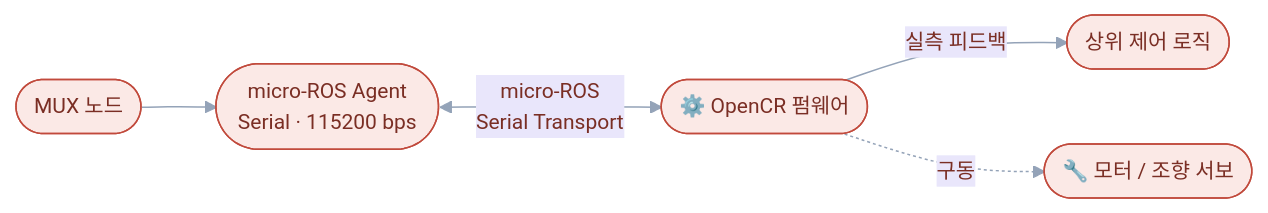
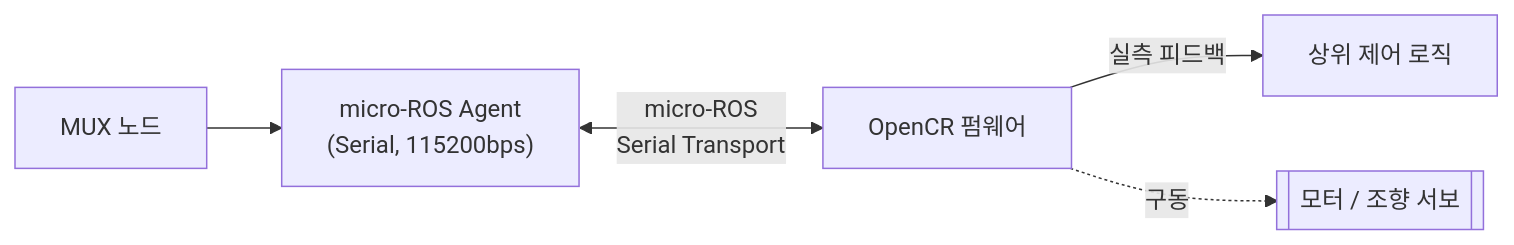
One commit to GeonHoong/1_10-autonomous-race changed the third of 4 diagrams in README.md. Above: the diagram before and after it, drawn with Mermaid. The commit also changed other lines of this file, not shown here.

Commit message:
Revert mermaid diagrams to original plain style

````diff
--- a/README.md
+++ b/README.md
@@ -93,11 +75,7 @@
 ```mermaid
-%%{init: {'theme':'base', 'themeVariables': {
-  'primaryColor':'#fbe9e6','primaryBorderColor':'#c14a3c','primaryTextColor':'#7a2e24',
-  'lineColor':'#94a3b8','fontFamily':'Pretendard, -apple-system, Segoe UI, sans-serif','fontSize':'14px'
-}}}%%
 flowchart LR
-    MUX(["MUX 노드"]) --> AGENT(["micro-ROS Agent<br/>Serial · 115200 bps"])
-    AGENT <-- "micro-ROS<br/>Serial Transport" --> OPENCR(["⚙️ OpenCR 펌웨어"])
-    OPENCR -- "실측 피드백" --> PP(["상위 제어 로직"])
-    OPENCR -. "구동" .-> MOTOR(["🔧 모터 / 조향 서보"])
+    MUX["MUX 노드"] --> AGENT["micro-ROS Agent\n(Serial, 115200bps)"]
+    AGENT <-- "micro-ROS\nSerial Transport" --> OPENCR["OpenCR 펌웨어"]
+    OPENCR -- "실측 피드백" --> PP["상위 제어 로직"]
+    OPENCR -.구동.-> MOTOR[["모터 / 조향 서보"]]
 ```
````
